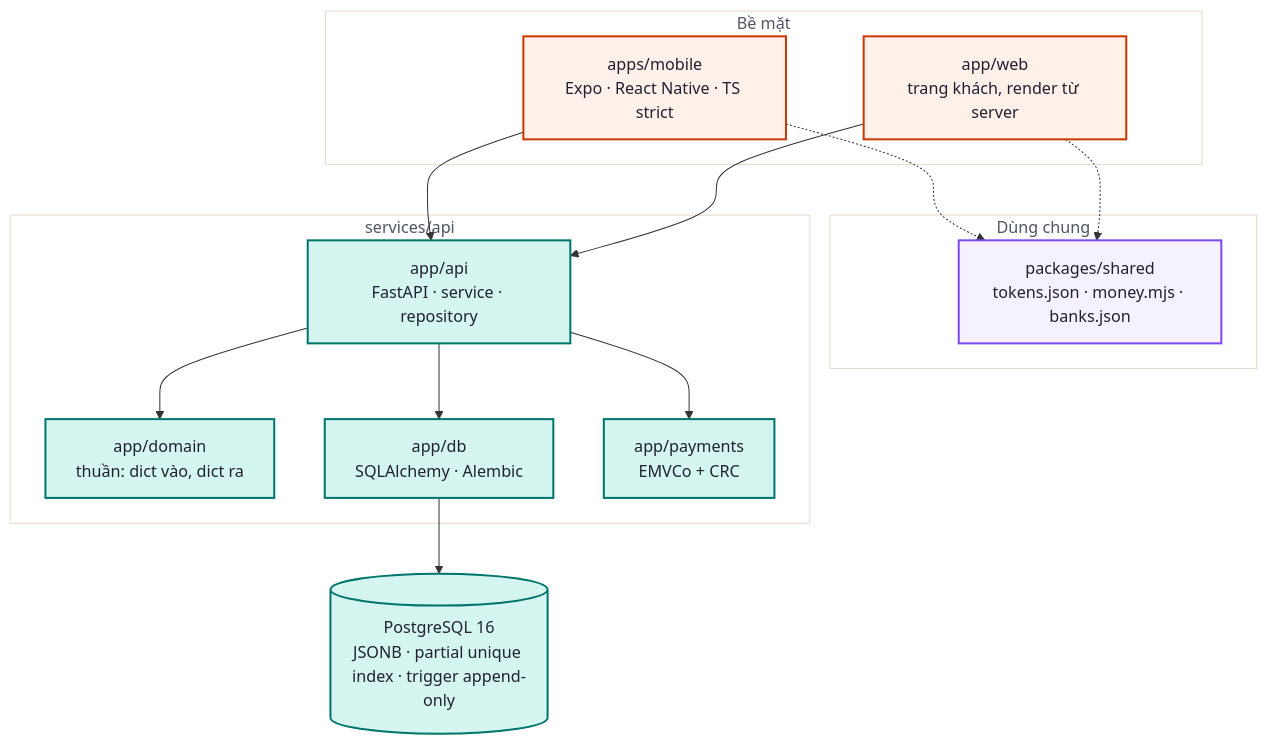
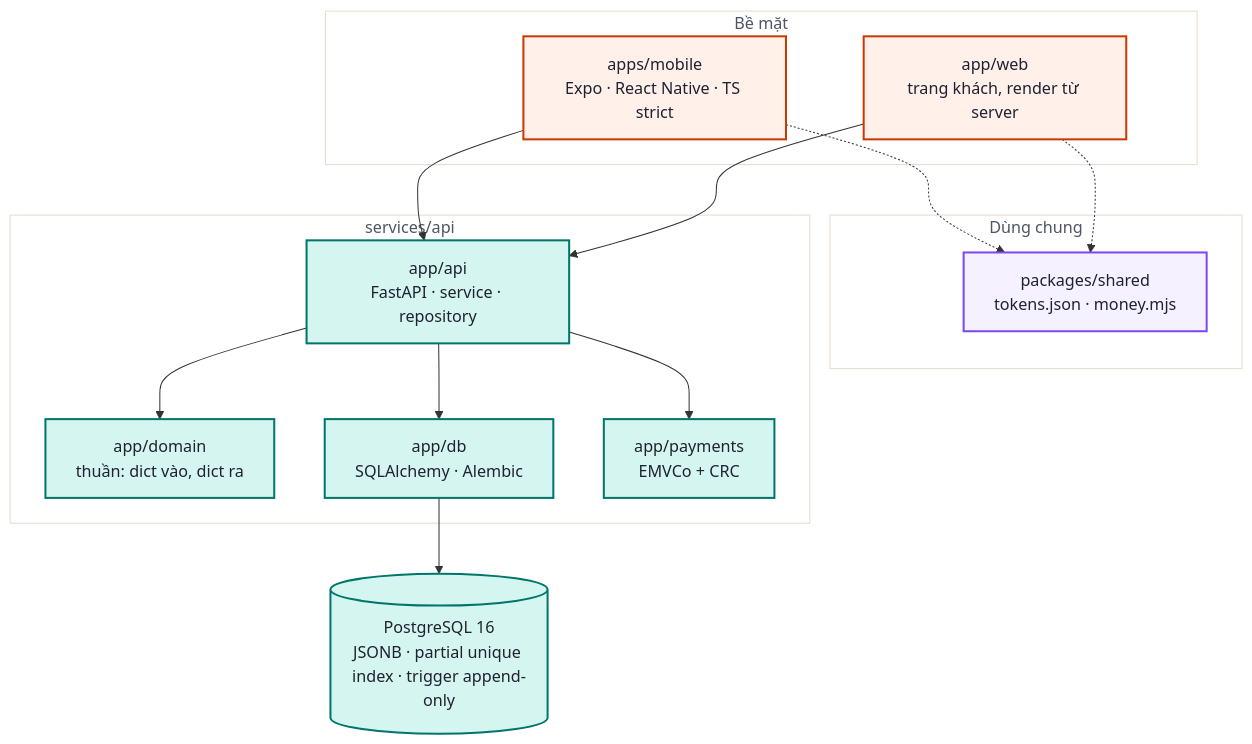
The third of 3 diagrams in README.md (chuoibo/mobile), drawn with Mermaid before and after one commit. The commit also changed other lines of this file and 67 other files, not shown here.

````diff
--- a/README.md
+++ b/README.md
@@ -219,36 +219,36 @@
 ```mermaid
 flowchart TB
     subgraph BM["Bề mặt"]
         M["apps/mobile<br/>Expo · React Native · TS strict"]
         W["app/web<br/>trang khách, render từ server"]
     end
     subgraph SH["Dùng chung"]
-        P["packages/shared<br/>tokens.json · money.mjs · banks.json"]
+        P["packages/shared<br/>tokens.json · money.mjs"]
     end
     subgraph BE["services/api"]
         A["app/api<br/>FastAPI · service · repository"]
         DOM["app/domain<br/>thuần: dict vào, dict ra"]
         DB["app/db<br/>SQLAlchemy · Alembic"]
         PAY["app/payments<br/>EMVCo + CRC"]
     end
     PG[("PostgreSQL 16<br/>JSONB · partial unique index · trigger append-only")]
 
     M --> A
     W --> A
     M -.-> P
     W -.-> P
     A --> DOM
     A --> DB
     A --> PAY
     DB --> PG
 
     classDef brand fill:#fff0ea,stroke:#c93900,stroke-width:2px,color:#1f2230
     classDef ai fill:#f5f1ff,stroke:#7d49ef,stroke-width:2px,color:#1f2230
     classDef money fill:#d5f5f0,stroke:#00756b,stroke-width:2px,color:#1f2230
     class M,W brand
     class P ai
     class A,DOM,DB,PAY,PG money
     style BM fill:#ffffff,stroke:#e7dace,color:#4e5563
     style SH fill:#ffffff,stroke:#e7dace,color:#4e5563
     style BE fill:#ffffff,stroke:#e7dace,color:#4e5563
 ```
````
